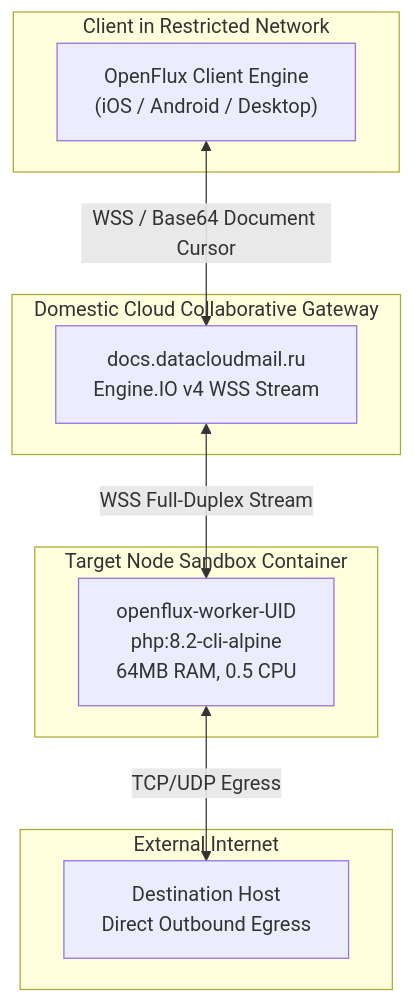
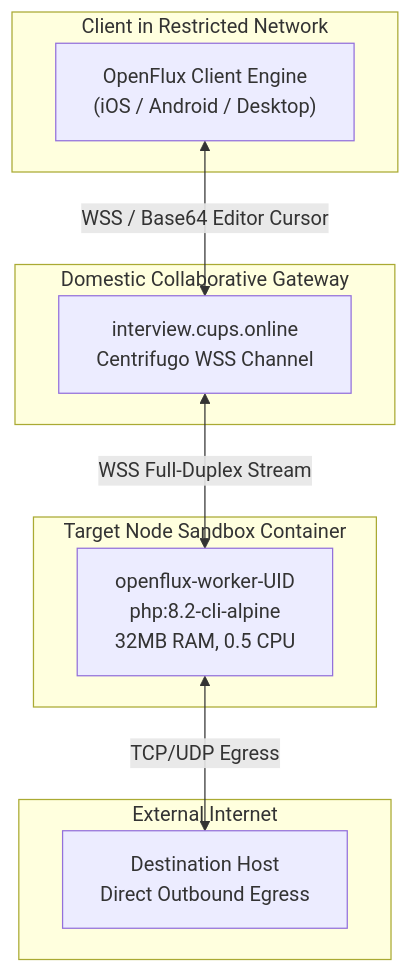
The first of 2 diagrams in WHITELIST_SPEC.md (Nikitzima/SilentConnect), drawn with Mermaid before and after one commit. The commit also changed other lines of this file and 2 other files, not shown here.

Commit message:
feat(openflux): migrate carrier from mailru to cupsonline live-coding rooms

````diff
--- a/WHITELIST_SPEC.md
+++ b/WHITELIST_SPEC.md
@@ -17,22 +17,22 @@
 ```mermaid
 flowchart TD
     subgraph Client["Client in Restricted Network"]
         CLI["OpenFlux Client Engine\n(iOS / Android / Desktop)"]
     end
 
-    subgraph CDN["Domestic Cloud Collaborative Gateway"]
-        DOC["docs.datacloudmail.ru\nEngine.IO v4 WSS Stream"]
+    subgraph CDN["Domestic Collaborative Gateway"]
+        DOC["interview.cups.online\nCentrifugo WSS Channel"]
     end
 
     subgraph Sandbox["Target Node Sandbox Container"]
-        CON["openflux-worker-UID\nphp:8.2-cli-alpine\n64MB RAM, 0.5 CPU"]
+        CON["openflux-worker-UID\nphp:8.2-cli-alpine\n32MB RAM, 0.5 CPU"]
     end
 
     subgraph Target["External Internet"]
         INET["Destination Host\nDirect Outbound Egress"]
     end
 
-    CLI <-->|"WSS / Base64 Document Cursor"| DOC
+    CLI <-->|"WSS / Base64 Editor Cursor"| DOC
     DOC <-->|"WSS Full-Duplex Stream"| CON
     CON <-->|"TCP/UDP Egress"| INET
 ```
````
